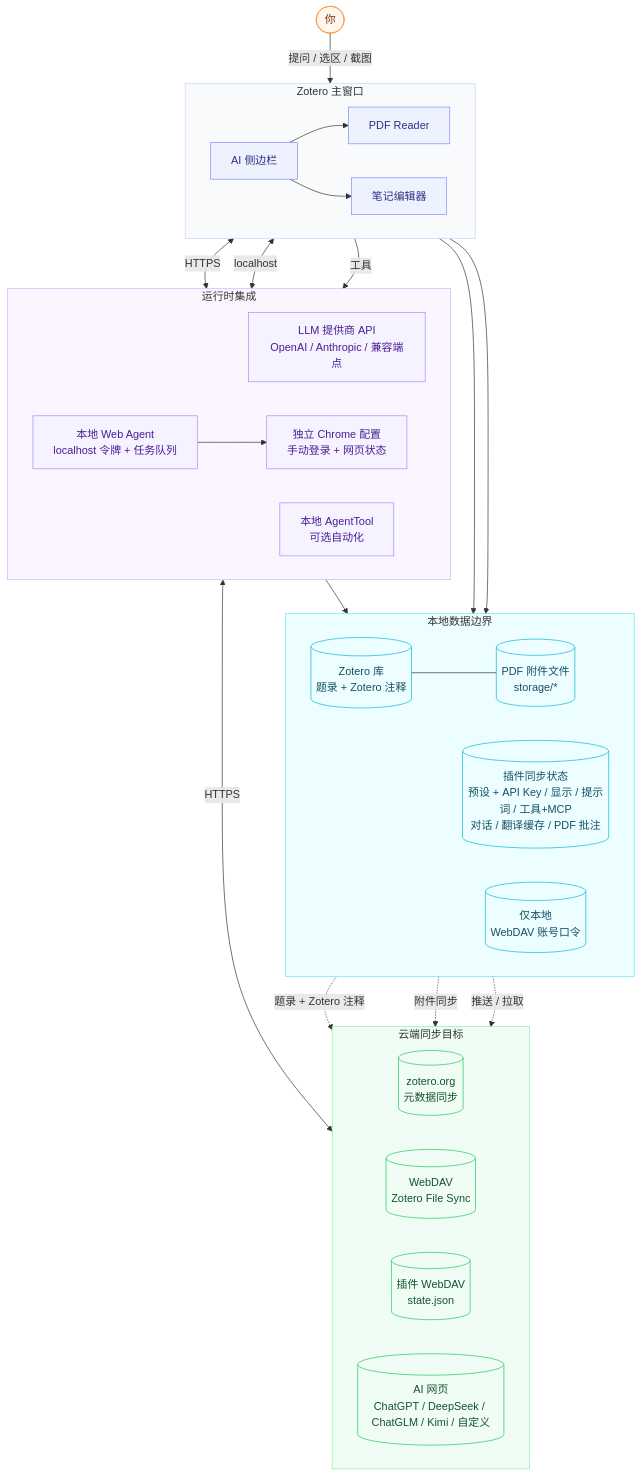
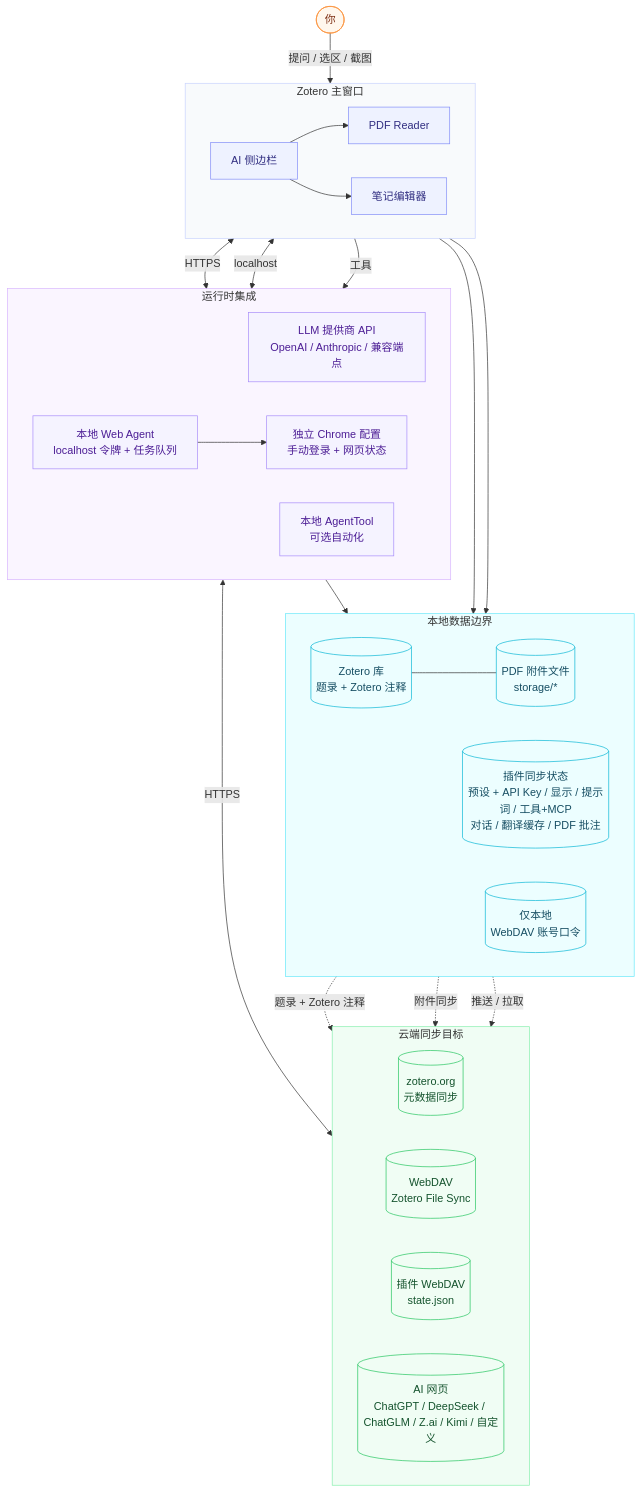
Before and after one commit to xuhan-rgb/zotero-ai-sidebar: the first of 2 diagrams in README.zh-CN.md, drawn with Mermaid. The commit also changed other lines of this file and 5 other files, not shown here.

````diff
--- a/README.zh-CN.md
+++ b/README.zh-CN.md
@@ -147,67 +151,67 @@
 ```mermaid
 flowchart TB
     User([你])
 
     subgraph UI[Zotero 主窗口]
         direction LR
         Side[AI 侧边栏]
         PDF[PDF Reader]
         Note[笔记编辑器]
         Side --> PDF
         Side --> Note
     end
 
     subgraph Local[本地数据边界]
         direction LR
         Core[(Zotero 库<br/>题录 + Zotero 注释)]
         Files[(PDF 附件文件<br/>storage/*)]
         PluginState[(插件同步状态<br/>预设 + API Key / 显示 / 提示词 / 工具+MCP<br/>对话 / 翻译缓存 / PDF 批注)]
         Secrets[(仅本地<br/>WebDAV 账号口令)]
     end
 
     subgraph Runtime[运行时集成]
         direction LR
         Provider[LLM 提供商 API<br/>OpenAI / Anthropic / 兼容端点]
         WebAgent[本地 Web Agent<br/>localhost 令牌 + 任务队列]
         Browser[独立 Chrome 配置<br/>手动登录 + 网页状态]
         Tools[本地 AgentTool<br/>可选自动化]
     end
 
     subgraph Cloud[云端同步目标]
         direction LR
         ZoteroOrg[(zotero.org<br/>元数据同步)]
         FileDAV[(WebDAV<br/>Zotero File Sync)]
         PluginDAV[(插件 WebDAV<br/>state.json)]
-        WebApps[(AI 网页<br/>ChatGPT / DeepSeek / ChatGLM / Kimi / 自定义)]
+        WebApps[(AI 网页<br/>ChatGPT / DeepSeek / ChatGLM / Z.ai / Kimi / 自定义)]
     end
 
     User -->|提问 / 选区 / 截图| Side
     Side <-->|HTTPS| Provider
     Side <-->|localhost| WebAgent
     WebAgent --> Browser
     Browser <-->|HTTPS| WebApps
     Side -->|工具| Tools
     Tools --> Core
     Side --> Secrets
     Side --> PluginState
     Core --- Files
 
     Core -.题录 + Zotero 注释.-> ZoteroOrg
     Files -.附件同步.-> FileDAV
     PluginState -.推送 / 拉取.-> PluginDAV
 
     classDef actor fill:#fff7ed,stroke:#fb923c,color:#7c2d12,stroke-width:1px;
     classDef zotero fill:#eef2ff,stroke:#818cf8,color:#312e81,stroke-width:1px;
     classDef local fill:#ecfeff,stroke:#06b6d4,color:#164e63,stroke-width:1px;
     classDef runtime fill:#f5f3ff,stroke:#a78bfa,color:#4c1d95,stroke-width:1px;
     classDef cloud fill:#f0fdf4,stroke:#22c55e,color:#14532d,stroke-width:1px;
     class User actor;
     class Side,PDF,Note zotero;
     class Core,Files,PluginState,Secrets local;
     class Provider,WebAgent,Browser,Tools runtime;
     class ZoteroOrg,FileDAV,PluginDAV,WebApps cloud;
     style UI fill:#f8fafc,stroke:#c7d2fe,stroke-width:1px
     style Local fill:#ecfeff,stroke:#67e8f9,stroke-width:1px
     style Runtime fill:#faf5ff,stroke:#d8b4fe,stroke-width:1px
     style Cloud fill:#f0fdf4,stroke:#86efac,stroke-width:1px
 ```
````
